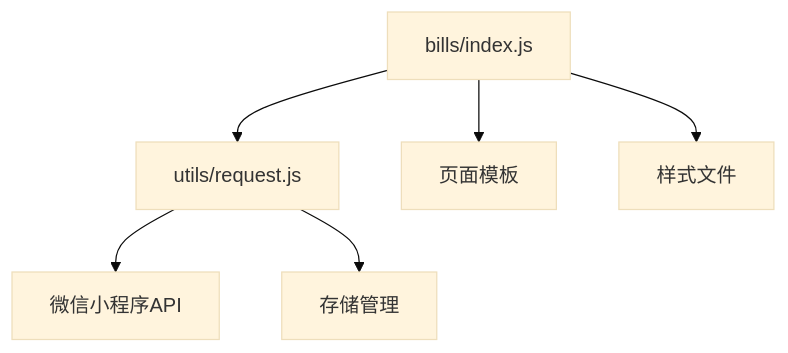
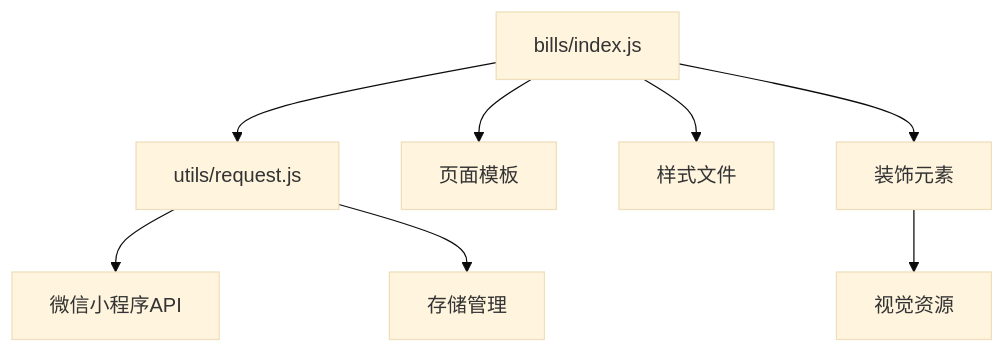
Before and after one commit to cwxiao/zugeju: the sixth of 8 diagrams in .qoder/repowiki/zh/content/前端开发/页面组件开发/账单管理页面开发.md, drawn with Mermaid (base theme). The commit also changed other lines of this file and 39 other files, not shown here.

First line of the commit message:
前端优化：压缩UI装饰图至38KB + 精简各页面冗余文案

````diff
--- a/.qoder/repowiki/zh/content/前端开发/页面组件开发/账单管理页面开发.md
+++ b/.qoder/repowiki/zh/content/前端开发/页面组件开发/账单管理页面开发.md
@@ -302,8 +319,10 @@
 ```mermaid
 graph TD
 A[bills/index.js] --> B[utils/request.js]
 A --> C[页面模板]
 A --> D[样式文件]
-B --> E[微信小程序API]
-B --> F[存储管理]
+A --> E[装饰元素]
+B --> F[微信小程序API]
+B --> G[存储管理]
+E --> H[视觉资源]
 ```
````
